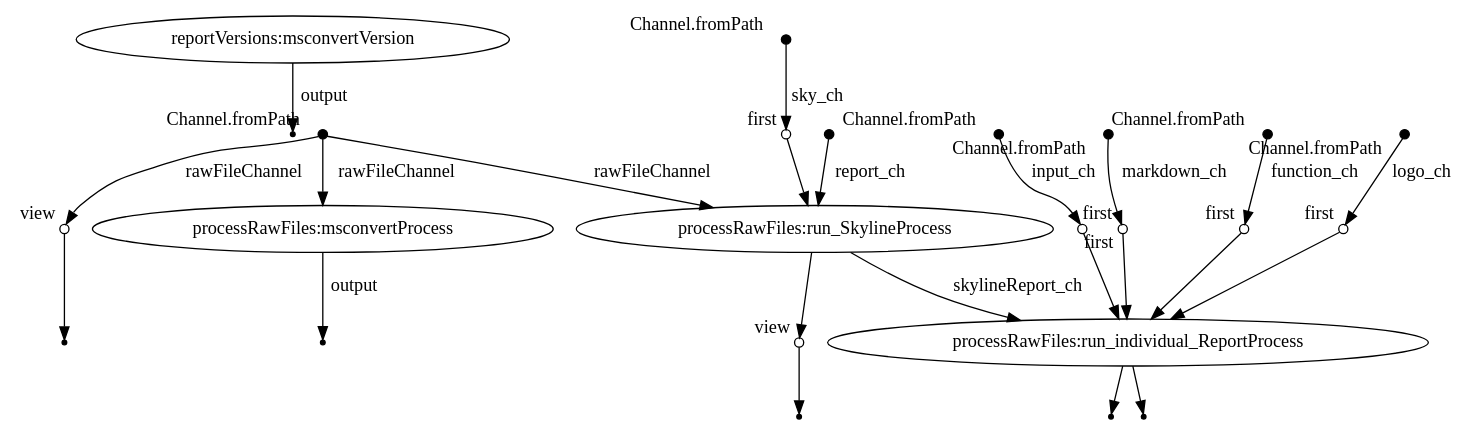
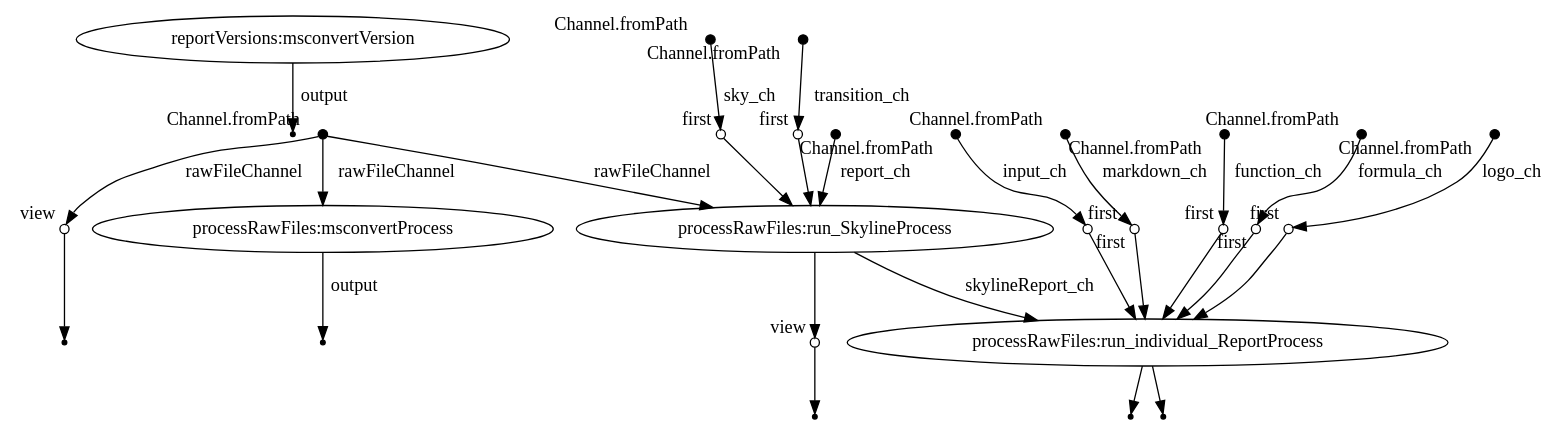
The diagram in results_CIL/nextflow/dag.dot (eitm-org/Chapter-Skyline-Automation), drawn with Graphviz before and after one commit. The commit also changed 48 other files, not shown here.

```diff
--- a/results_CIL/nextflow/dag.dot
+++ b/results_CIL/nextflow/dag.dot
@@ -1,90 +1,106 @@
 digraph "dag" {
 v0 [label="reportVersions:msconvertVersion"];
 v1 [shape=point];
 v0 -> v1 [label="output"];
 
 v2 [shape=point,label="",fixedsize=true,width=0.1,xlabel="Channel.fromPath"];
 v3 [shape=circle,label="",fixedsize=true,width=0.1,xlabel="view"];
 v2 -> v3 [label="rawFileChannel"];
 
 v3 [shape=circle,label="",fixedsize=true,width=0.1,xlabel="view"];
 v4 [shape=point];
 v3 -> v4;
 
 v2 [shape=point,label="",fixedsize=true,width=0.1,xlabel="Channel.fromPath"];
 v5 [label="processRawFiles:msconvertProcess"];
 v2 -> v5 [label="rawFileChannel"];
 
 v5 [label="processRawFiles:msconvertProcess"];
 v6 [shape=point];
 v5 -> v6 [label="output"];
 
 v7 [shape=point,label="",fixedsize=true,width=0.1,xlabel="Channel.fromPath"];
-v8 [shape=circle,label="",fixedsize=true,width=0.1,xlabel="first"];
-v7 -> v8 [label="sky_ch"];
+v9 [shape=circle,label="",fixedsize=true,width=0.1,xlabel="first"];
+v7 -> v9 [label="sky_ch"];
 
-v8 [shape=circle,label="",fixedsize=true,width=0.1,xlabel="first"];
-v10 [label="processRawFiles:run_SkylineProcess"];
-v8 -> v10;
+v8 [shape=point,label="",fixedsize=true,width=0.1,xlabel="Channel.fromPath"];
+v10 [shape=circle,label="",fixedsize=true,width=0.1,xlabel="first"];
+v8 -> v10 [label="transition_ch"];
+
+v9 [shape=circle,label="",fixedsize=true,width=0.1,xlabel="first"];
+v12 [label="processRawFiles:run_SkylineProcess"];
+v9 -> v12;
+
+v10 [shape=circle,label="",fixedsize=true,width=0.1,xlabel="first"];
+v12 [label="processRawFiles:run_SkylineProcess"];
+v10 -> v12;
 
 v2 [shape=point,label="",fixedsize=true,width=0.1,xlabel="Channel.fromPath"];
-v10 [label="processRawFiles:run_SkylineProcess"];
-v2 -> v10 [label="rawFileChannel"];
+v12 [label="processRawFiles:run_SkylineProcess"];
+v2 -> v12 [label="rawFileChannel"];
 
-v9 [shape=point,label="",fixedsize=true,width=0.1];
-v10 [label="processRawFiles:run_SkylineProcess"];
-v9 -> v10 [label="report_ch"];
+v11 [shape=point,label="",fixedsize=true,width=0.1];
+v12 [label="processRawFiles:run_SkylineProcess"];
+v11 -> v12 [label="report_ch"];
 
-v10 [label="processRawFiles:run_SkylineProcess"];
-v11 [shape=circle,label="",fixedsize=true,width=0.1,xlabel="view"];
-v10 -> v11;
+v12 [label="processRawFiles:run_SkylineProcess"];
+v13 [shape=circle,label="",fixedsize=true,width=0.1,xlabel="view"];
+v12 -> v13;
 
-v11 [shape=circle,label="",fixedsize=true,width=0.1,xlabel="view"];
-v12 [shape=point];
-v11 -> v12;
-
-v13 [shape=point,label="",fixedsize=true,width=0.1,xlabel="Channel.fromPath"];
-v17 [shape=circle,label="",fixedsize=true,width=0.1,xlabel="first"];
-v13 -> v17 [label="input_ch"];
-
-v14 [shape=point,label="",fixedsize=true,width=0.1,xlabel="Channel.fromPath"];
-v18 [shape=circle,label="",fixedsize=true,width=0.1,xlabel="first"];
-v14 -> v18 [label="markdown_ch"];
+v13 [shape=circle,label="",fixedsize=true,width=0.1,xlabel="view"];
+v14 [shape=point];
+v13 -> v14;
 
 v15 [shape=point,label="",fixedsize=true,width=0.1,xlabel="Channel.fromPath"];
-v19 [shape=circle,label="",fixedsize=true,width=0.1,xlabel="first"];
-v15 -> v19 [label="function_ch"];
+v20 [shape=circle,label="",fixedsize=true,width=0.1,xlabel="first"];
+v15 -> v20 [label="input_ch"];
 
 v16 [shape=point,label="",fixedsize=true,width=0.1,xlabel="Channel.fromPath"];
-v20 [shape=circle,label="",fixedsize=true,width=0.1,xlabel="first"];
-v16 -> v20 [label="logo_ch"];
+v21 [shape=circle,label="",fixedsize=true,width=0.1,xlabel="first"];
+v16 -> v21 [label="markdown_ch"];
 
-v17 [shape=circle,label="",fixedsize=true,width=0.1,xlabel="first"];
-v21 [label="processRawFiles:run_individual_ReportProcess"];
-v17 -> v21;
+v17 [shape=point,label="",fixedsize=true,width=0.1,xlabel="Channel.fromPath"];
+v22 [shape=circle,label="",fixedsize=true,width=0.1,xlabel="first"];
+v17 -> v22 [label="function_ch"];
 
-v18 [shape=circle,label="",fixedsize=true,width=0.1,xlabel="first"];
-v21 [label="processRawFiles:run_individual_ReportProcess"];
-v18 -> v21;
+v18 [shape=point,label="",fixedsize=true,width=0.1,xlabel="Channel.fromPath"];
+v23 [shape=circle,label="",fixedsize=true,width=0.1,xlabel="first"];
+v18 -> v23 [label="formula_ch"];
 
-v19 [shape=circle,label="",fixedsize=true,width=0.1,xlabel="first"];
-v21 [label="processRawFiles:run_individual_ReportProcess"];
-v19 -> v21;
+v19 [shape=point,label="",fixedsize=true,width=0.1,xlabel="Channel.fromPath"];
+v24 [shape=circle,label="",fixedsize=true,width=0.1,xlabel="first"];
+v19 -> v24 [label="logo_ch"];
 
 v20 [shape=circle,label="",fixedsize=true,width=0.1,xlabel="first"];
-v21 [label="processRawFiles:run_individual_ReportProcess"];
-v20 -> v21;
+v25 [label="processRawFiles:run_individual_ReportProcess"];
+v20 -> v25;
 
-v10 [label="processRawFiles:run_SkylineProcess"];
-v21 [label="processRawFiles:run_individual_ReportProcess"];
-v10 -> v21 [label="skylineReport_ch"];
+v21 [shape=circle,label="",fixedsize=true,width=0.1,xlabel="first"];
+v25 [label="processRawFiles:run_individual_ReportProcess"];
+v21 -> v25;
 
-v21 [label="processRawFiles:run_individual_ReportProcess"];
-v23 [shape=point];
-v21 -> v23;
+v22 [shape=circle,label="",fixedsize=true,width=0.1,xlabel="first"];
+v25 [label="processRawFiles:run_individual_ReportProcess"];
+v22 -> v25;
 
-v21 [label="processRawFiles:run_individual_ReportProcess"];
-v22 [shape=point];
-v21 -> v22;
+v23 [shape=circle,label="",fixedsize=true,width=0.1,xlabel="first"];
+v25 [label="processRawFiles:run_individual_ReportProcess"];
+v23 -> v25;
+
+v24 [shape=circle,label="",fixedsize=true,width=0.1,xlabel="first"];
+v25 [label="processRawFiles:run_individual_ReportProcess"];
+v24 -> v25;
+
+v12 [label="processRawFiles:run_SkylineProcess"];
+v25 [label="processRawFiles:run_individual_ReportProcess"];
+v12 -> v25 [label="skylineReport_ch"];
+
+v25 [label="processRawFiles:run_individual_ReportProcess"];
+v27 [shape=point];
+v25 -> v27;
+
+v25 [label="processRawFiles:run_individual_ReportProcess"];
+v26 [shape=point];
+v25 -> v26;
 
 }
```
